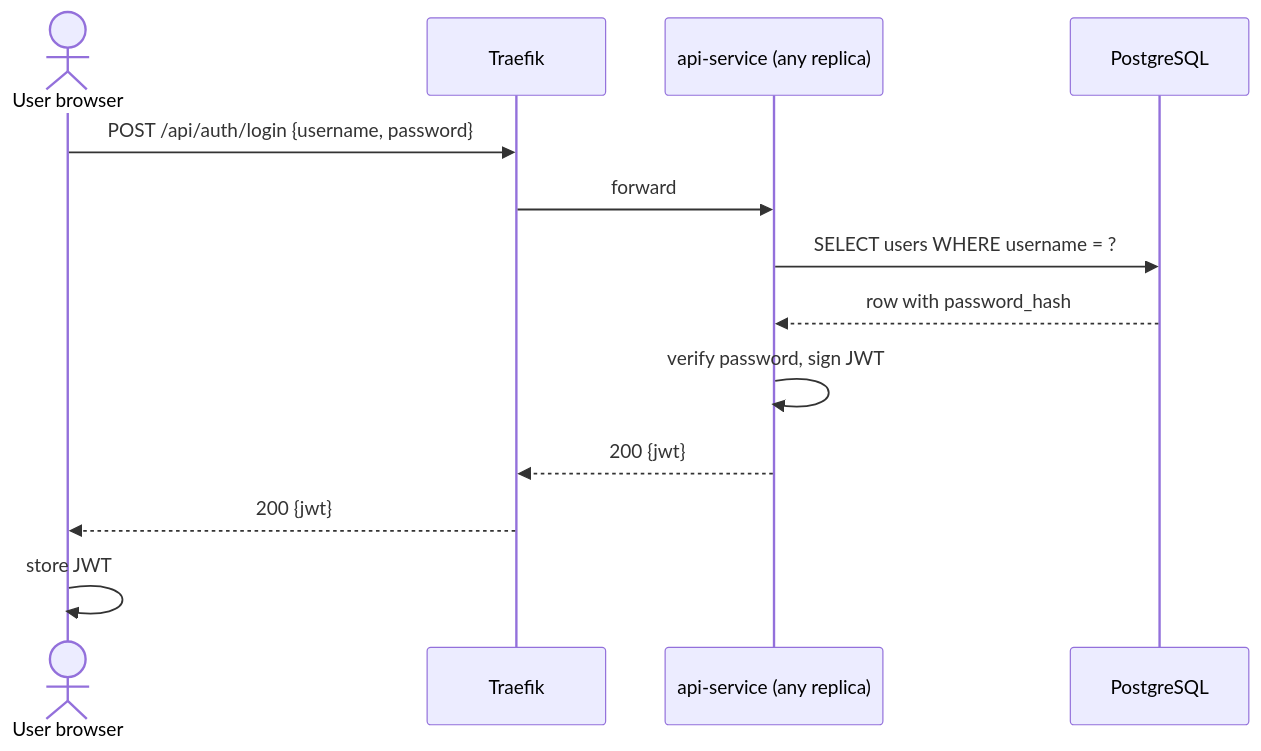
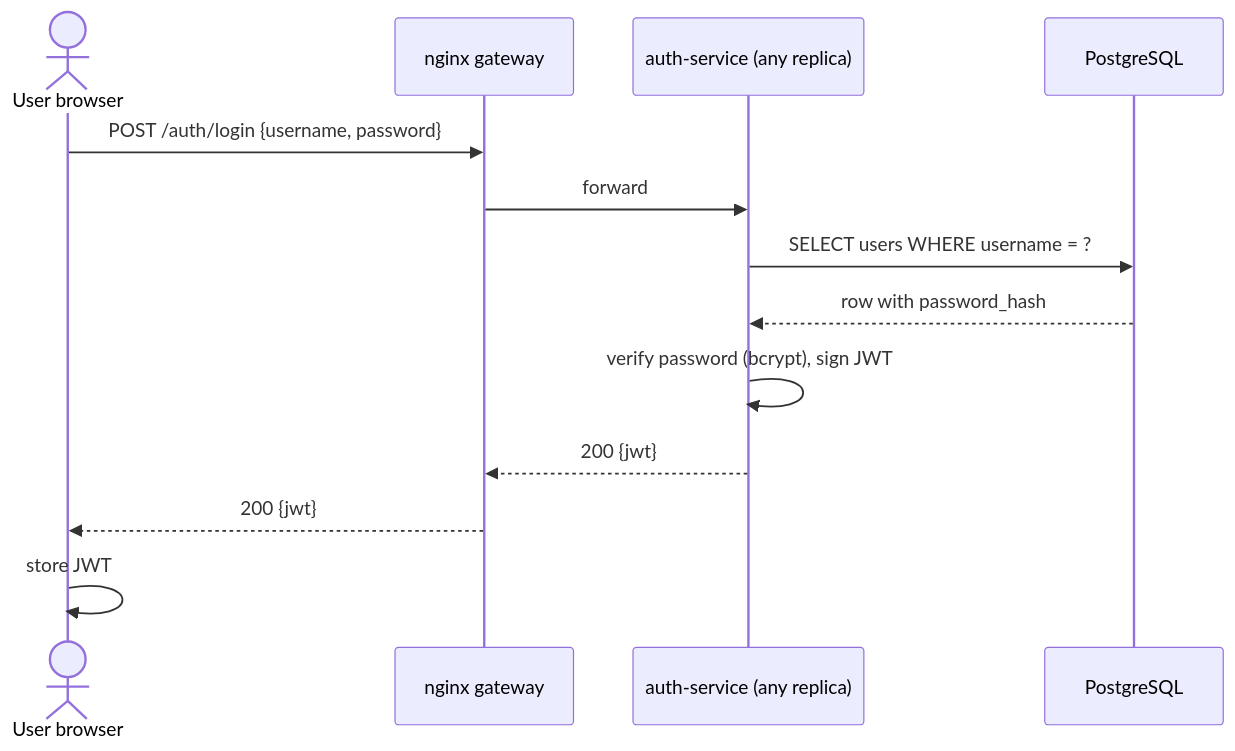
One commit to prodmatze/distributed_systems_sose_2026 changed the second of 7 diagrams in docs/ARCHITECTURE.md. Above: the diagram before and after it, drawn with Mermaid. The commit also changed other lines of this file and 23 other files, not shown here.

````diff
--- a/docs/ARCHITECTURE.md
+++ b/docs/ARCHITECTURE.md
@@ -170,16 +182,16 @@
 ```mermaid
 sequenceDiagram
     actor U as User browser
-    participant TGW as Traefik
-    participant API as api-service (any replica)
+    participant GW as nginx gateway
+    participant AUTH as auth-service (any replica)
     participant PG as PostgreSQL
 
-    U->>TGW: POST /api/auth/login {username, password}
-    TGW->>API: forward
-    API->>PG: SELECT users WHERE username = ?
-    PG-->>API: row with password_hash
-    API->>API: verify password, sign JWT
-    API-->>TGW: 200 {jwt}
-    TGW-->>U: 200 {jwt}
+    U->>GW: POST /auth/login {username, password}
+    GW->>AUTH: forward
+    AUTH->>PG: SELECT users WHERE username = ?
+    PG-->>AUTH: row with password_hash
+    AUTH->>AUTH: verify password (bcrypt), sign JWT
+    AUTH-->>GW: 200 {jwt}
+    GW-->>U: 200 {jwt}
     U->>U: store JWT
 ```
````
